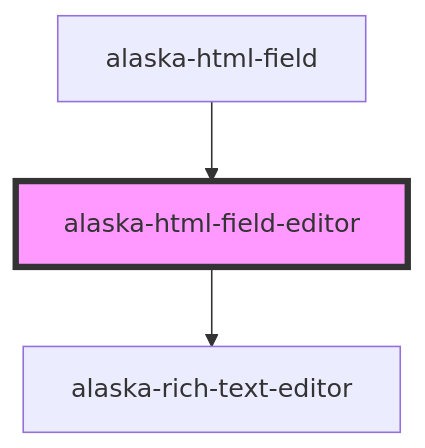
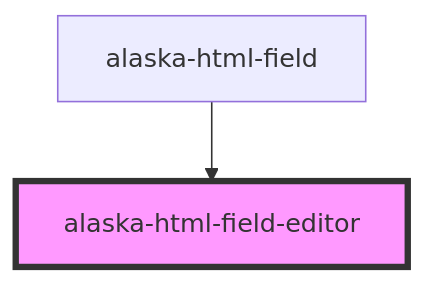
One commit to alaska-project/alaska-contents changed the diagram in core/src/components/fields/html-field-editor/readme.md. Above: the diagram before and after it, drawn with Mermaid. The commit also changed other lines of this file and 31 other files, not shown here.

````diff
--- a/core/src/components/fields/html-field-editor/readme.md
+++ b/core/src/components/fields/html-field-editor/readme.md
@@ -26,6 +29,5 @@
 ```mermaid
 graph TD;
-  alaska-html-field-editor --> alaska-rich-text-editor
   alaska-html-field --> alaska-html-field-editor
   style alaska-html-field-editor fill:#f9f,stroke:#333,stroke-width:4px
 ```
````
